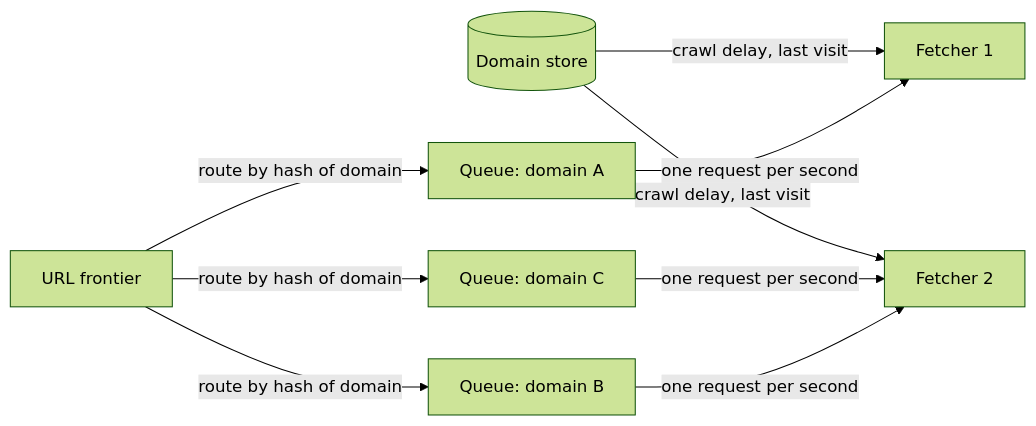
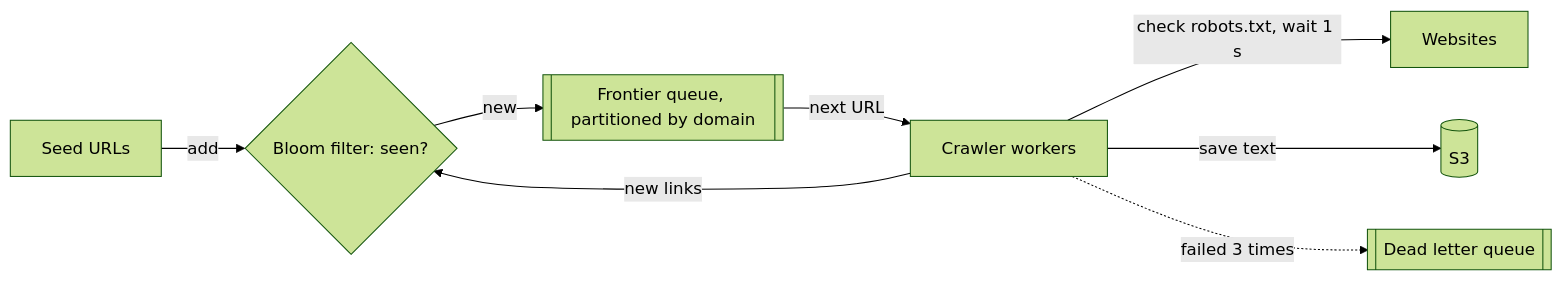
One commit to aaryan-pradhan/core-cs-fundamentals changed the second of 2 diagrams in hld/30-web-crawler.md. Above: the diagram before and after it, drawn with Mermaid (forest theme). The commit also changed other lines of this file, not shown here.

````diff
--- a/hld/30-web-crawler.md
+++ b/hld/30-web-crawler.md
@@ -106,11 +67,10 @@
 ```mermaid
 flowchart LR
-    F["URL frontier"] -->|"route by hash of domain"| Q1["Queue: domain A"]
-    F -->|"route by hash of domain"| Q2["Queue: domain B"]
-    F -->|"route by hash of domain"| Q3["Queue: domain C"]
-    Q1 -->|"one request per second"| W1["Fetcher 1"]
-    Q2 -->|"one request per second"| W2["Fetcher 2"]
-    Q3 -->|"one request per second"| W2
-    DS[("Domain store")] -->|"crawl delay, last visit"| W1
-    DS -->|"crawl delay, last visit"| W2
+    SEED["Seed URLs"] -->|"add"| BF{"Bloom filter: seen?"}
+    BF -->|"new"| Q[["Frontier queue, partitioned by domain"]]
+    Q -->|"next URL"| W["Crawler workers"]
+    W -->|"check robots.txt, wait 1 s"| WEB["Websites"]
+    W -->|"save text"| S3[("S3")]
+    W -->|"new links"| BF
+    W -.->|"failed 3 times"| DLQ[["Dead letter queue"]]
 ```
````
